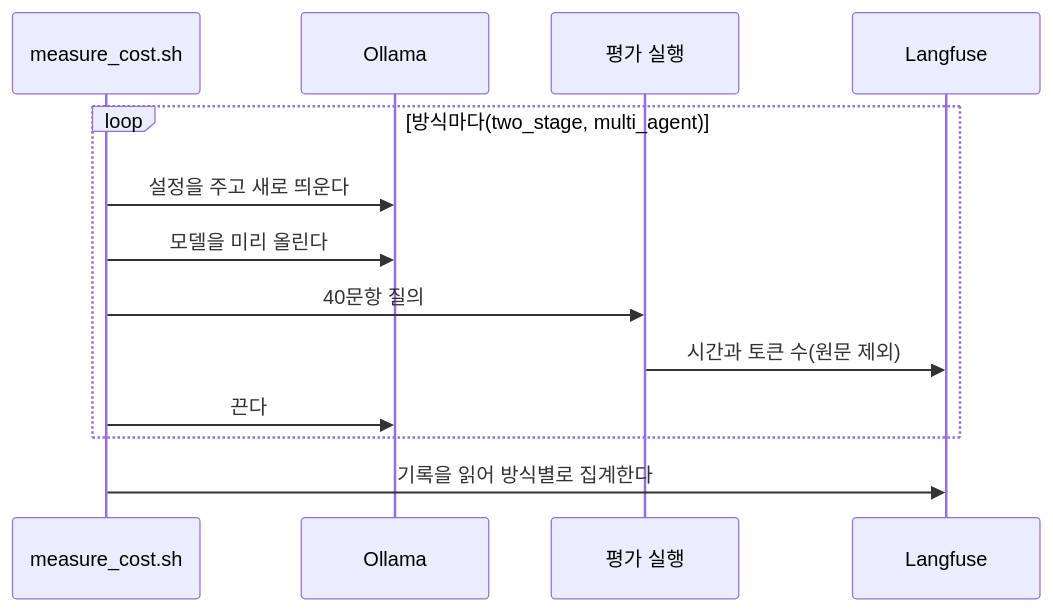
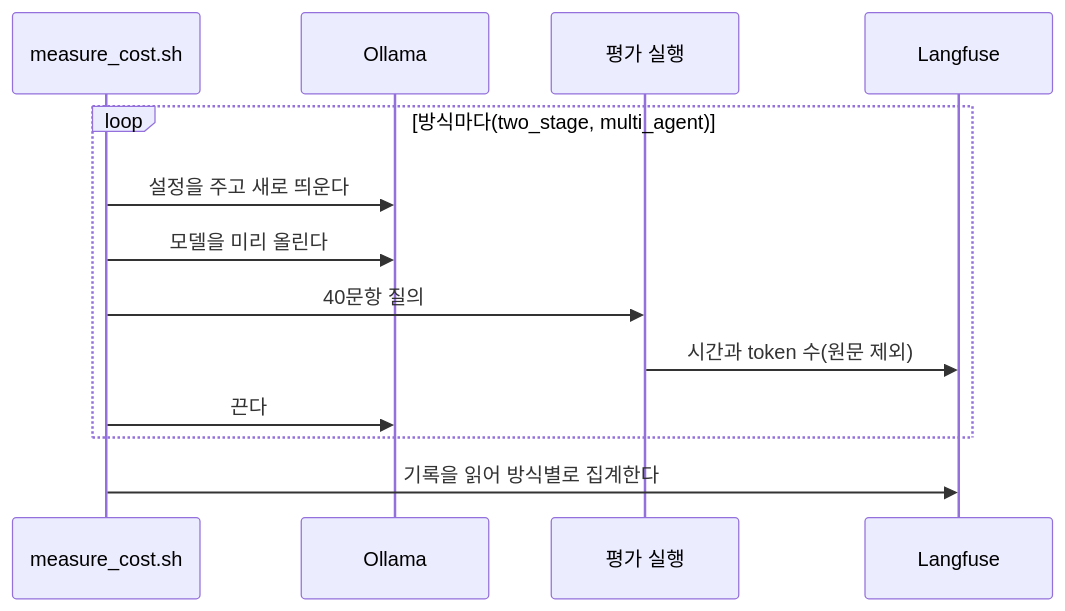
One commit to adover134/hierarchical-md-rag changed the diagram in docs/11_비용측정.md. Above: the diagram before and after it, drawn with Mermaid. The commit also changed other lines of this file and 24 other files, not shown here.

````diff
--- a/docs/11_비용측정.md
+++ b/docs/11_비용측정.md
@@ -85,15 +85,15 @@
 ```mermaid
 sequenceDiagram
     participant S as measure_cost.sh
     participant O as Ollama
     participant R as 평가 실행
     participant L as Langfuse
     loop 방식마다(two_stage, multi_agent)
         S->>O: 설정을 주고 새로 띄운다
         S->>O: 모델을 미리 올린다
         S->>R: 40문항 질의
-        R->>L: 시간과 토큰 수(원문 제외)
+        R->>L: 시간과 token 수(원문 제외)
         S->>O: 끈다
     end
     S->>L: 기록을 읽어 방식별로 집계한다
 ```
````
